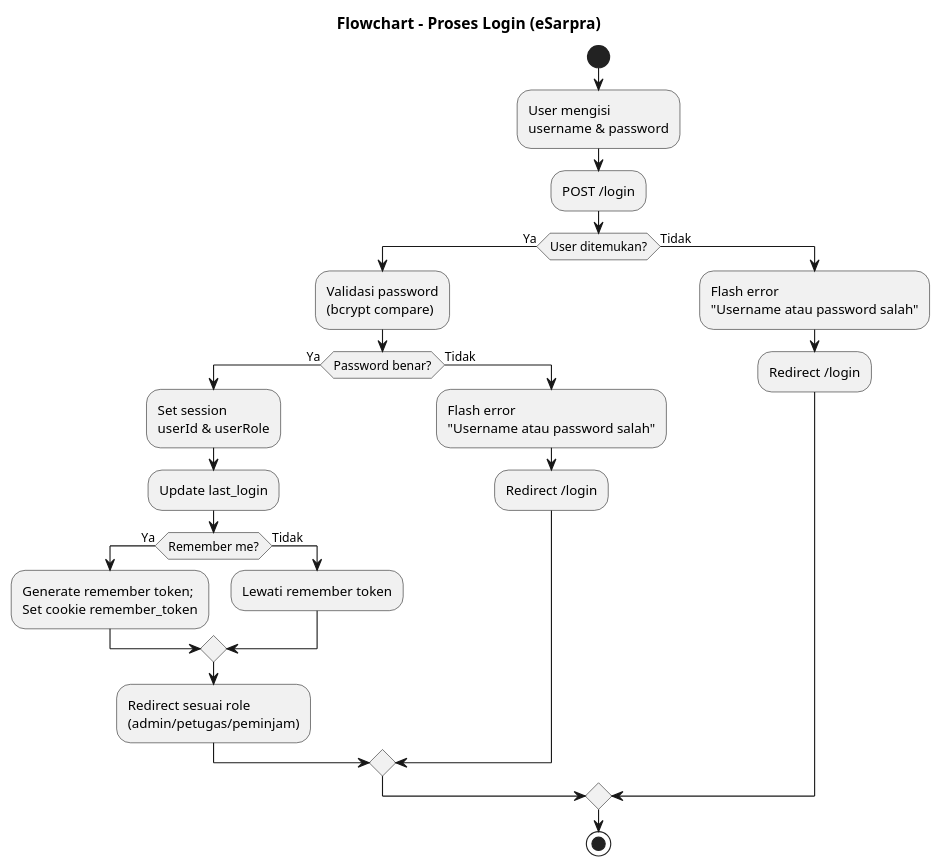
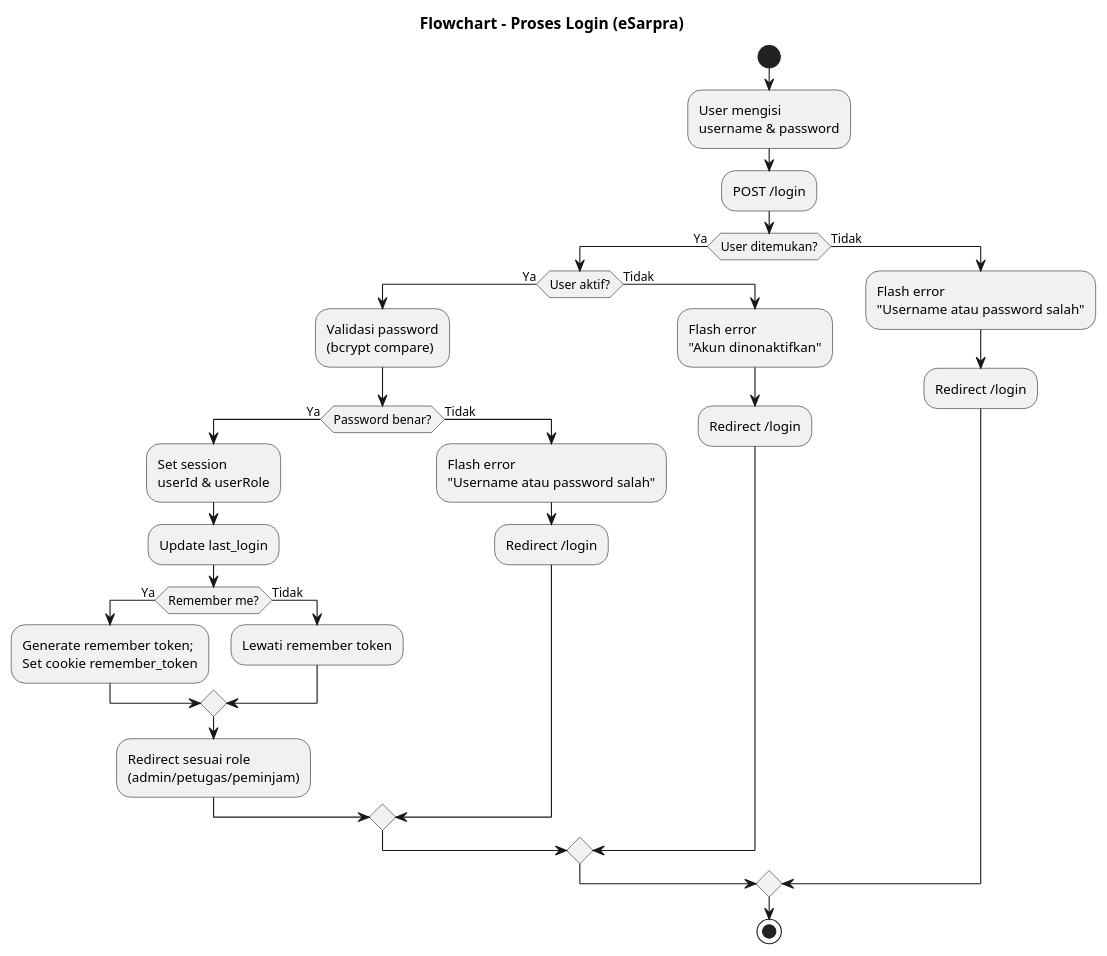
The diagram in docs/uml/login-flowchart.puml (farsy06/ukk), drawn with PlantUML before and after one commit. The commit also changed other lines of this file and 7 other files, not shown here.

First line of the commit message:
Refactor ERD and flowcharts for improved clarity and functionality

```diff
--- a/docs/uml/login-flowchart.puml
+++ b/docs/uml/login-flowchart.puml
@@ -1,29 +1,34 @@
 @startuml
 title Flowchart - Proses Login (eSarpra)
 
 start
 :User mengisi\nusername & password;
 :POST /login;
 
 if (User ditemukan?) then (Ya)
+  if (User aktif?) then (Ya)
   :Validasi password\n(bcrypt compare);
   if (Password benar?) then (Ya)
     :Set session\nuserId & userRole;
     :Update last_login;
     if (Remember me?) then (Ya)
       :Generate remember token;\nSet cookie remember_token;
     else (Tidak)
       :Lewati remember token;
     endif
     :Redirect sesuai role\n(admin/petugas/peminjam);
   else (Tidak)
     :Flash error\n"Username atau password salah";
     :Redirect /login;
   endif
+  else (Tidak)
+    :Flash error\n"Akun dinonaktifkan";
+    :Redirect /login;
+  endif
 else (Tidak)
   :Flash error\n"Username atau password salah";
   :Redirect /login;
 endif
 
 stop
 @enduml
```
